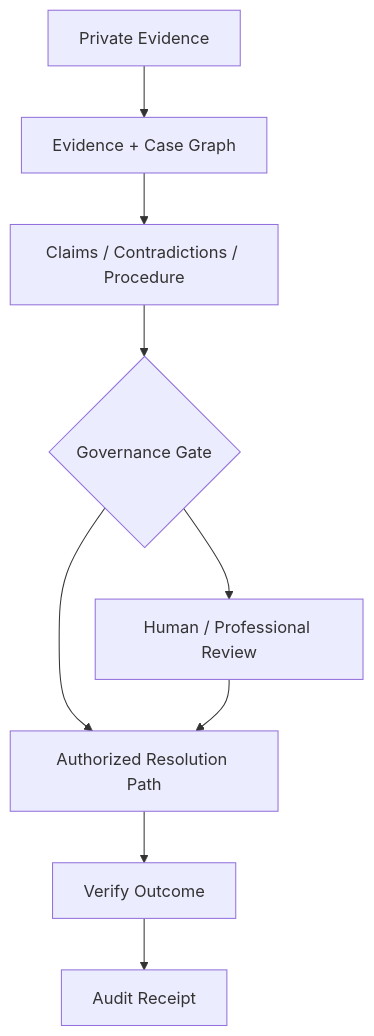
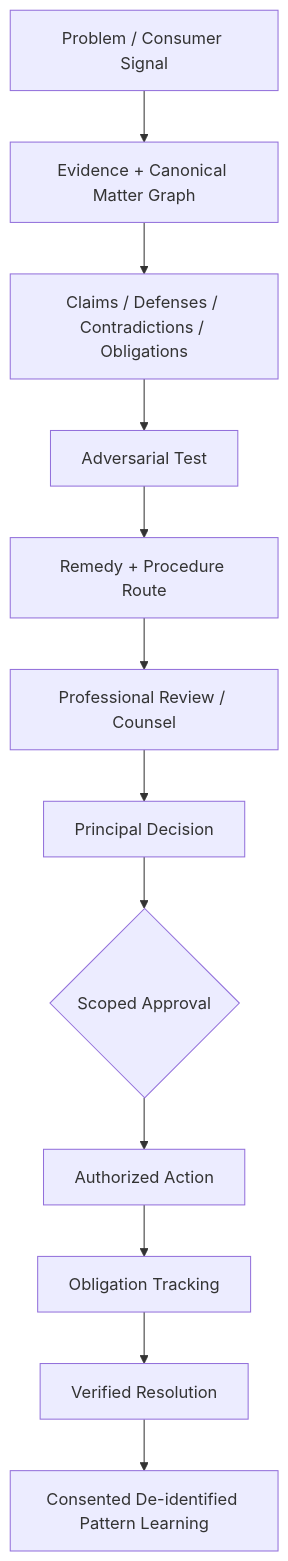
Before and after one commit to lpssovereign/Lalo-Pacheco-Sanchez---Architecture: the diagram in case-studies/phinex.md, drawn with Mermaid. The commit also changed other lines of this file, not shown here.

Commit message:
Expand PhiNeX as legal-tech flagship case study

````diff
--- a/case-studies/phinex.md
+++ b/case-studies/phinex.md
@@ -15,11 +29,14 @@
 ```mermaid
 flowchart TD
- A[Private Evidence] --> B[Evidence + Case Graph]
- B --> C[Claims / Contradictions / Procedure]
- C --> G{Governance Gate}
- G --> H[Human / Professional Review]
- G --> R[Authorized Resolution Path]
- H --> R
- R --> V[Verify Outcome]
- V --> P[Audit Receipt]
+ A["Problem / Consumer Signal"] --> B["Evidence + Canonical Matter Graph"]
+ B --> C["Claims / Defenses / Contradictions / Obligations"]
+ C --> D["Adversarial Test"]
+ D --> E["Remedy + Procedure Route"]
+ E --> F["Professional Review / Counsel"]
+ F --> G["Principal Decision"]
+ G --> H{"Scoped Approval"}
+ H --> I["Authorized Action"]
+ I --> J["Obligation Tracking"]
+ J --> K["Verified Resolution"]
+ K --> L["Consented De-identified Pattern Learning"]
 ```
````
